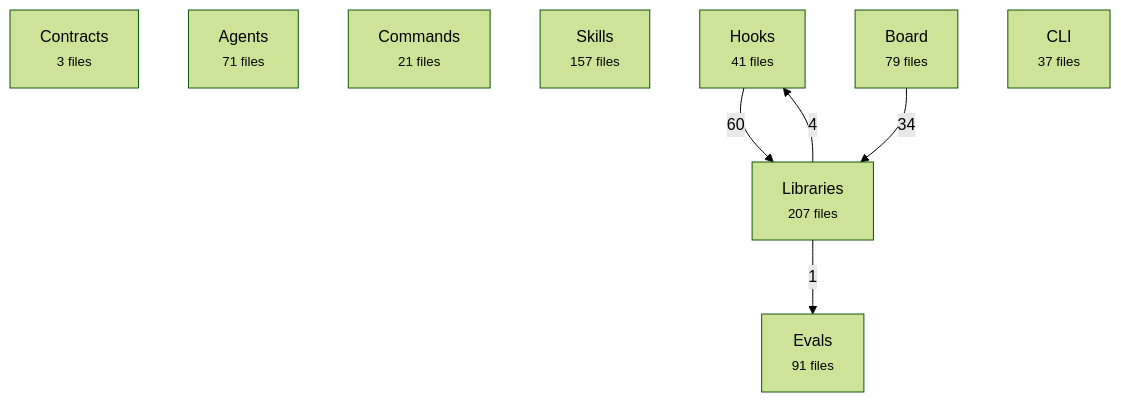
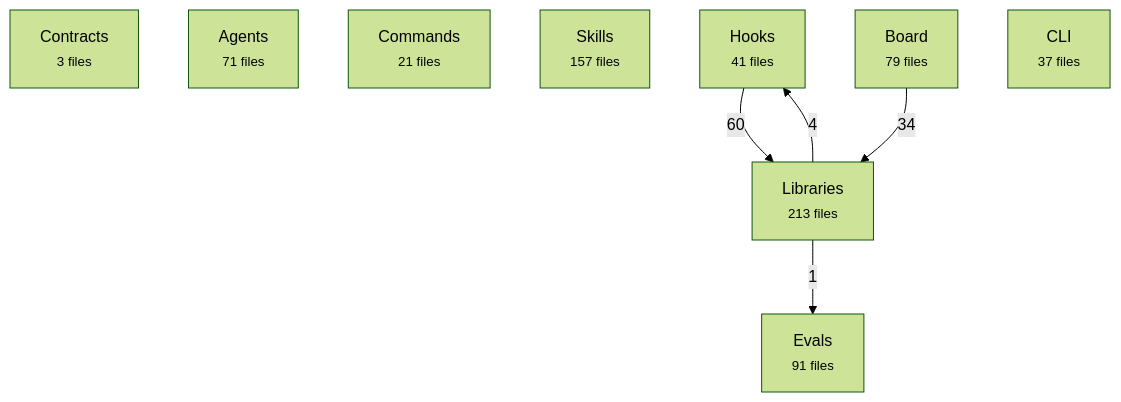
Before and after one commit to avelikiy/great_cto: the first of 2 diagrams in docs/reference/architecture-map.md, drawn with Mermaid (forest theme). The commit also changed other lines of this file and 5 other files, not shown here.

````diff
--- a/docs/reference/architecture-map.md
+++ b/docs/reference/architecture-map.md
@@ -20,16 +20,16 @@
 ```mermaid
 flowchart TD
   contracts["Contracts<br/><small>3 files</small>"]
   agents["Agents<br/><small>71 files</small>"]
   commands["Commands<br/><small>21 files</small>"]
   skills["Skills<br/><small>157 files</small>"]
   hooks["Hooks<br/><small>41 files</small>"]
-  libs["Libraries<br/><small>207 files</small>"]
+  libs["Libraries<br/><small>213 files</small>"]
   board["Board<br/><small>79 files</small>"]
   cli["CLI<br/><small>37 files</small>"]
   evals["Evals<br/><small>91 files</small>"]
   hooks -->|60| libs
   board -->|34| libs
   libs -->|4| hooks
   libs -->|1| evals
 ```
````
